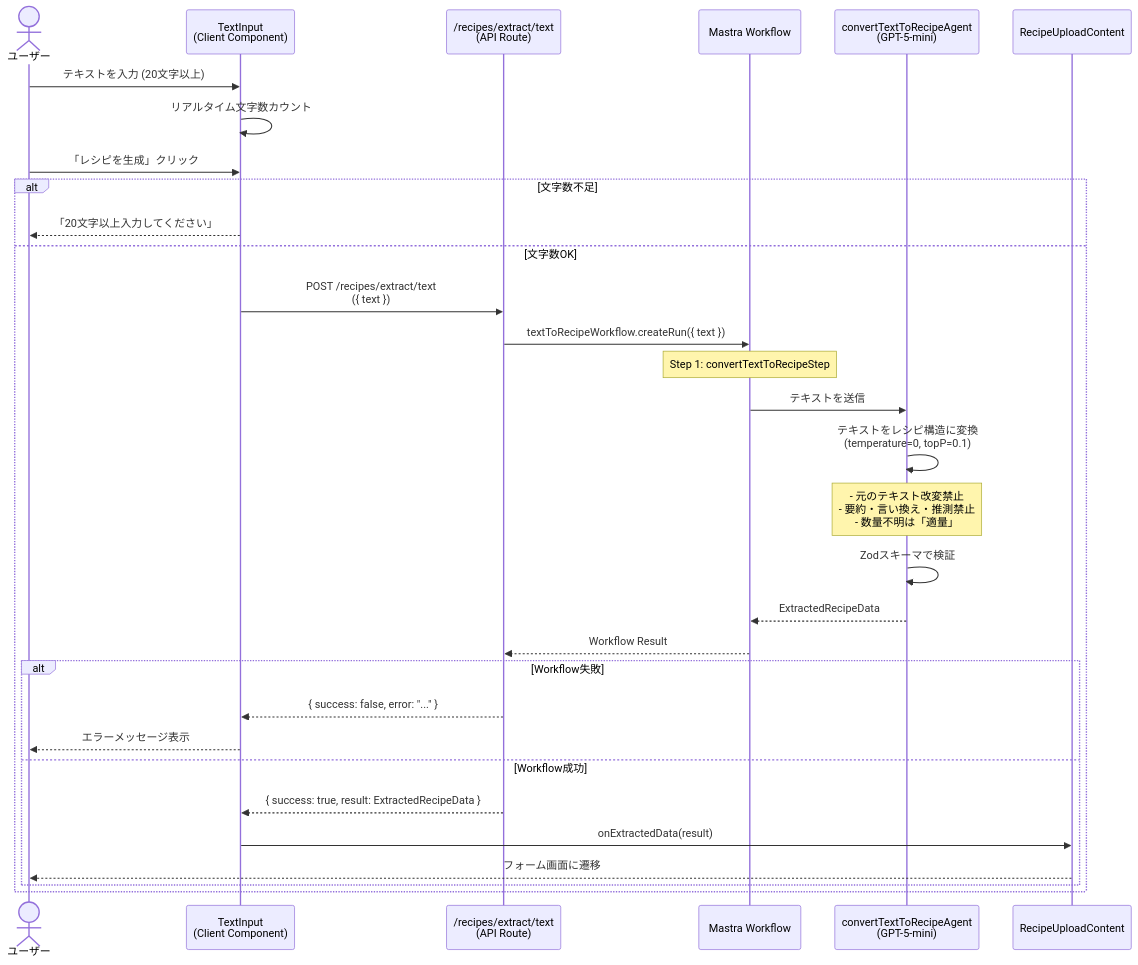
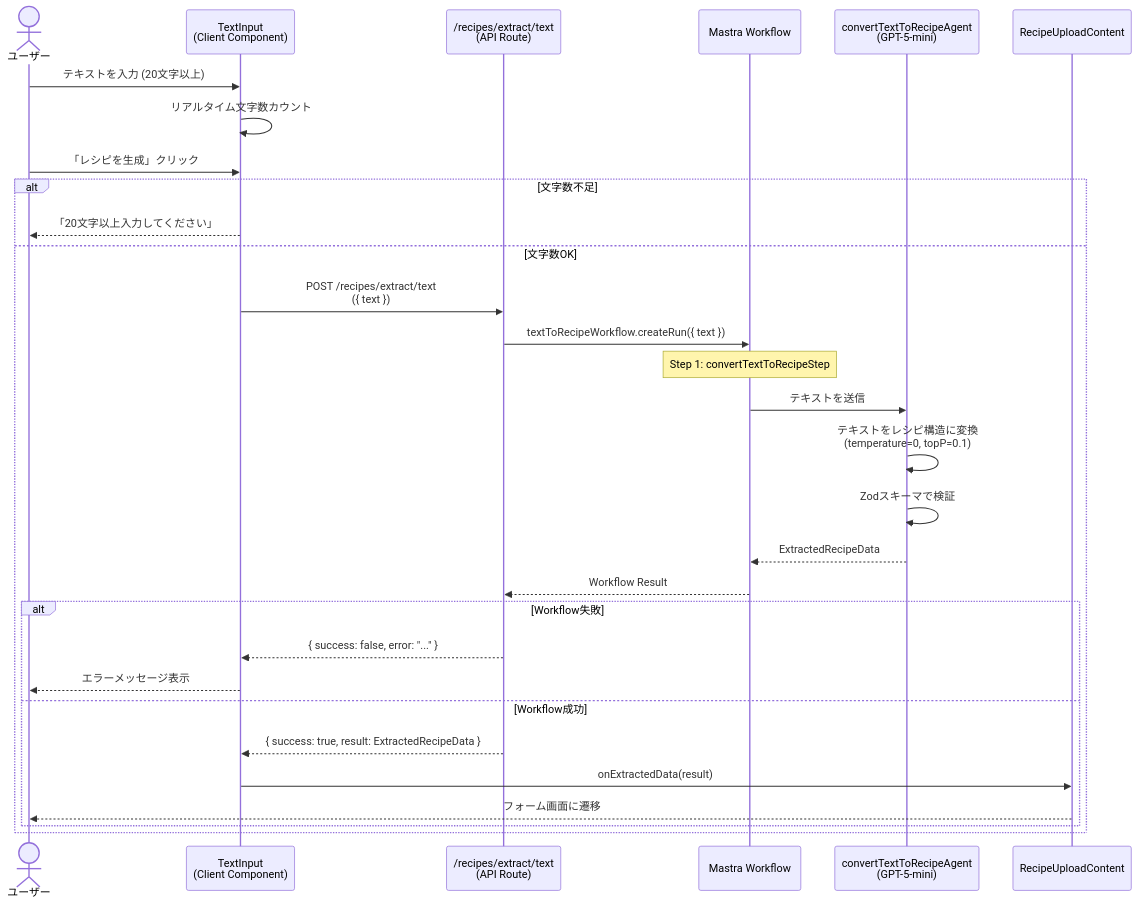
Before and after one commit to RyotaAbe1014/CookScan: the second of 2 diagrams in cook-scan/docs/usecase/ocr-extraction.md, drawn with Mermaid. The commit also changed other lines of this file and 1 other file, not shown here.

````diff
--- a/cook-scan/docs/usecase/ocr-extraction.md
+++ b/cook-scan/docs/usecase/ocr-extraction.md
@@ -189,42 +206,41 @@
 ```mermaid
 sequenceDiagram
     actor User as ユーザー
     participant TI as TextInput<br/>(Client Component)
     participant API as /recipes/extract/text<br/>(API Route)
     participant MW as Mastra Workflow
     participant CVT as convertTextToRecipeAgent<br/>(GPT-5-mini)
     participant UC as RecipeUploadContent
 
     User->>TI: テキストを入力 (20文字以上)
     TI->>TI: リアルタイム文字数カウント
 
     User->>TI: 「レシピを生成」クリック
 
     alt 文字数不足
         TI-->>User: 「20文字以上入力してください」
     else 文字数OK
         TI->>API: POST /recipes/extract/text<br/>({ text })
 
         API->>MW: textToRecipeWorkflow.createRun({ text })
 
         Note over MW: Step 1: convertTextToRecipeStep
         MW->>CVT: テキストを送信
 
         CVT->>CVT: テキストをレシピ構造に変換<br/>(temperature=0, topP=0.1)
-        Note over CVT: - 元のテキスト改変禁止<br/>- 要約・言い換え・推測禁止<br/>- 数量不明は「適量」
 
         CVT->>CVT: Zodスキーマで検証
         CVT-->>MW: ExtractedRecipeData
 
         MW-->>API: Workflow Result
 
         alt Workflow失敗
             API-->>TI: { success: false, error: "..." }
             TI-->>User: エラーメッセージ表示
         else Workflow成功
             API-->>TI: { success: true, result: ExtractedRecipeData }
             TI->>UC: onExtractedData(result)
             UC-->>User: フォーム画面に遷移
         end
     end
 ```
````
